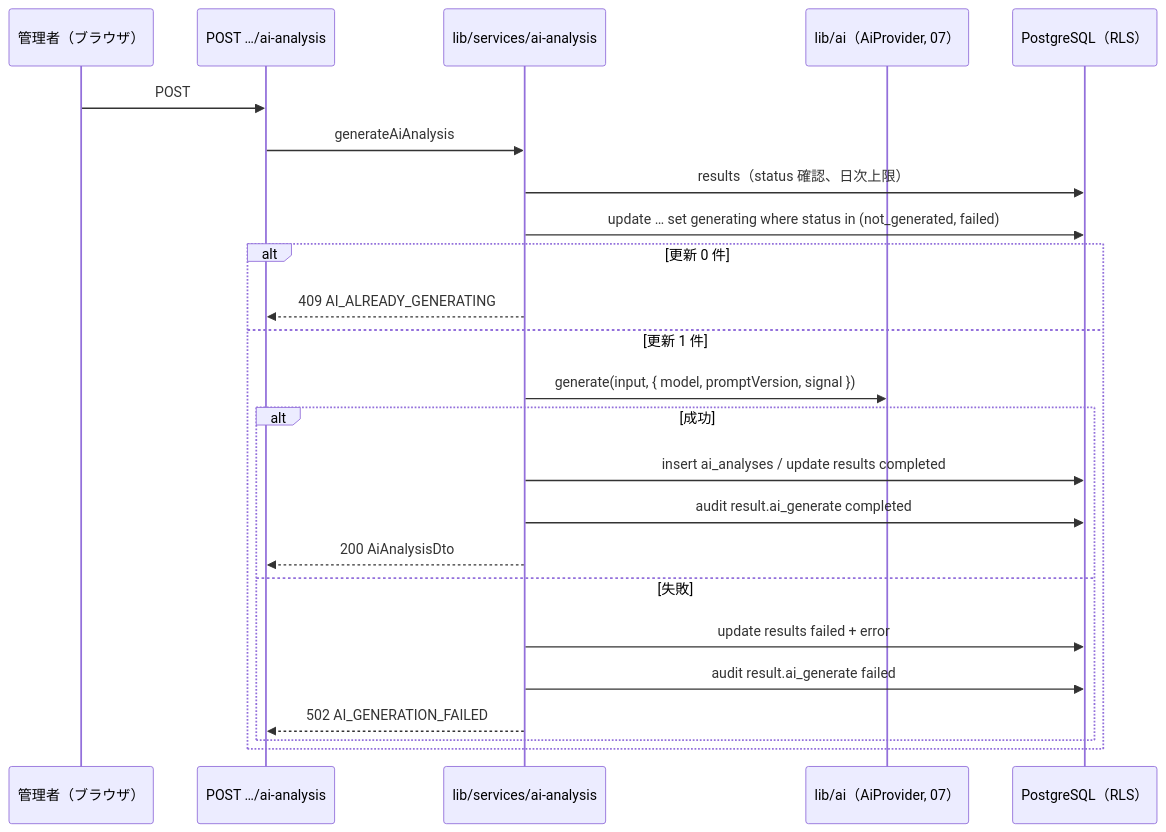
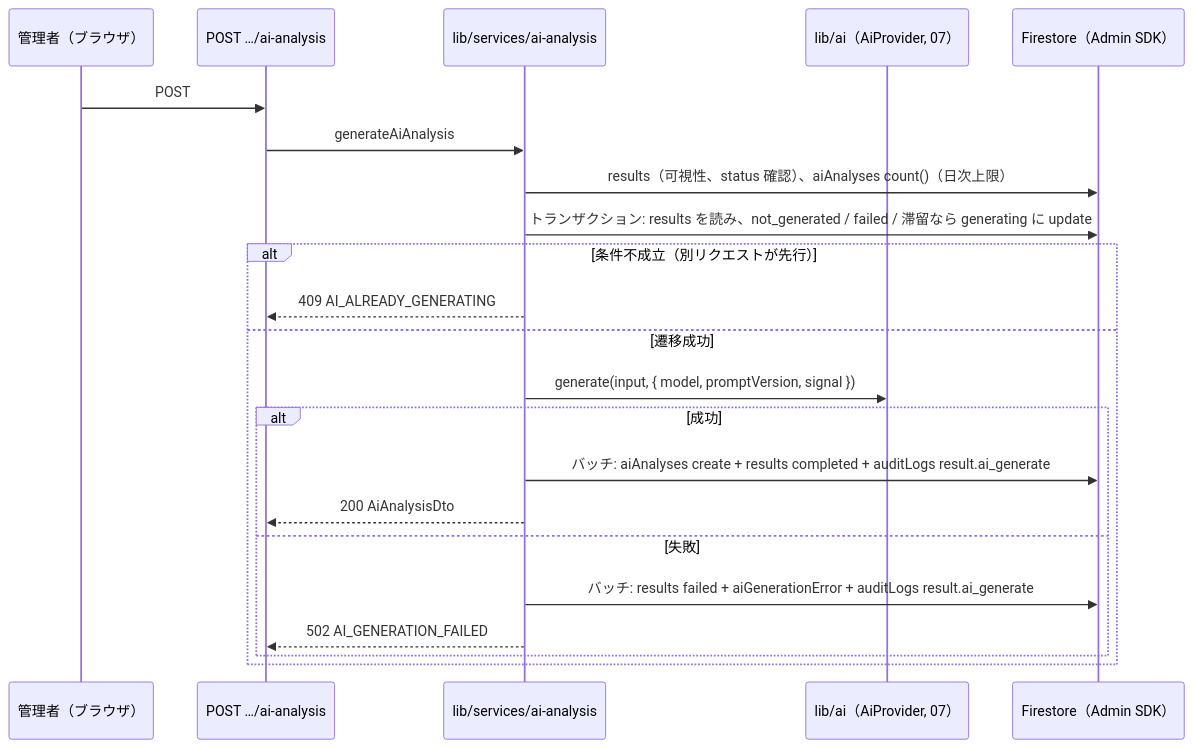
The sixth of 7 diagrams in docs/基本設計/04_API設計.md (tanukichiyamaguchi/Tekisei-Kensa), drawn with Mermaid before and after one commit. The commit also changed other lines of this file, not shown here.

````diff
--- a/docs/基本設計/04_API設計.md
+++ b/docs/基本設計/04_API設計.md
@@ -2514,26 +2645,24 @@
 ```mermaid
 sequenceDiagram
     participant A as 管理者（ブラウザ）
     participant API as POST …/ai-analysis
     participant S as lib/services/ai-analysis
     participant P as lib/ai（AiProvider, 07）
-    participant DB as PostgreSQL（RLS）
+    participant DB as Firestore（Admin SDK）
     A->>API: POST
     API->>S: generateAiAnalysis
-    S->>DB: results（status 確認、日次上限）
-    S->>DB: update … set generating where status in (not_generated, failed)
-    alt 更新 0 件
+    S->>DB: results（可視性、status 確認）、aiAnalyses count()（日次上限）
+    S->>DB: トランザクション: results を読み、not_generated / failed / 滞留なら generating に update
+    alt 条件不成立（別リクエストが先行）
         S-->>API: 409 AI_ALREADY_GENERATING
-    else 更新 1 件
+    else 遷移成功
         S->>P: generate(input, { model, promptVersion, signal })
         alt 成功
-            S->>DB: insert ai_analyses / update results completed
-            S->>DB: audit result.ai_generate completed
+            S->>DB: バッチ: aiAnalyses create + results completed + auditLogs result.ai_generate
             S-->>API: 200 AiAnalysisDto
         else 失敗
-            S->>DB: update results failed + error
-            S->>DB: audit result.ai_generate failed
+            S->>DB: バッチ: results failed + aiGenerationError + auditLogs result.ai_generate
             S-->>API: 502 AI_GENERATION_FAILED
         end
     end
 ```
````
